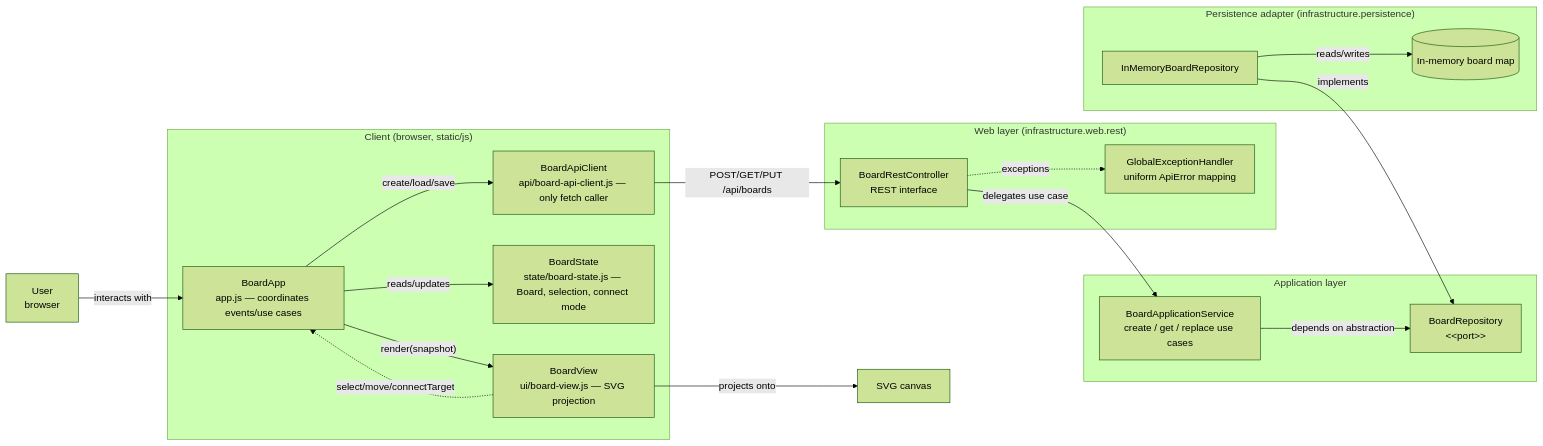
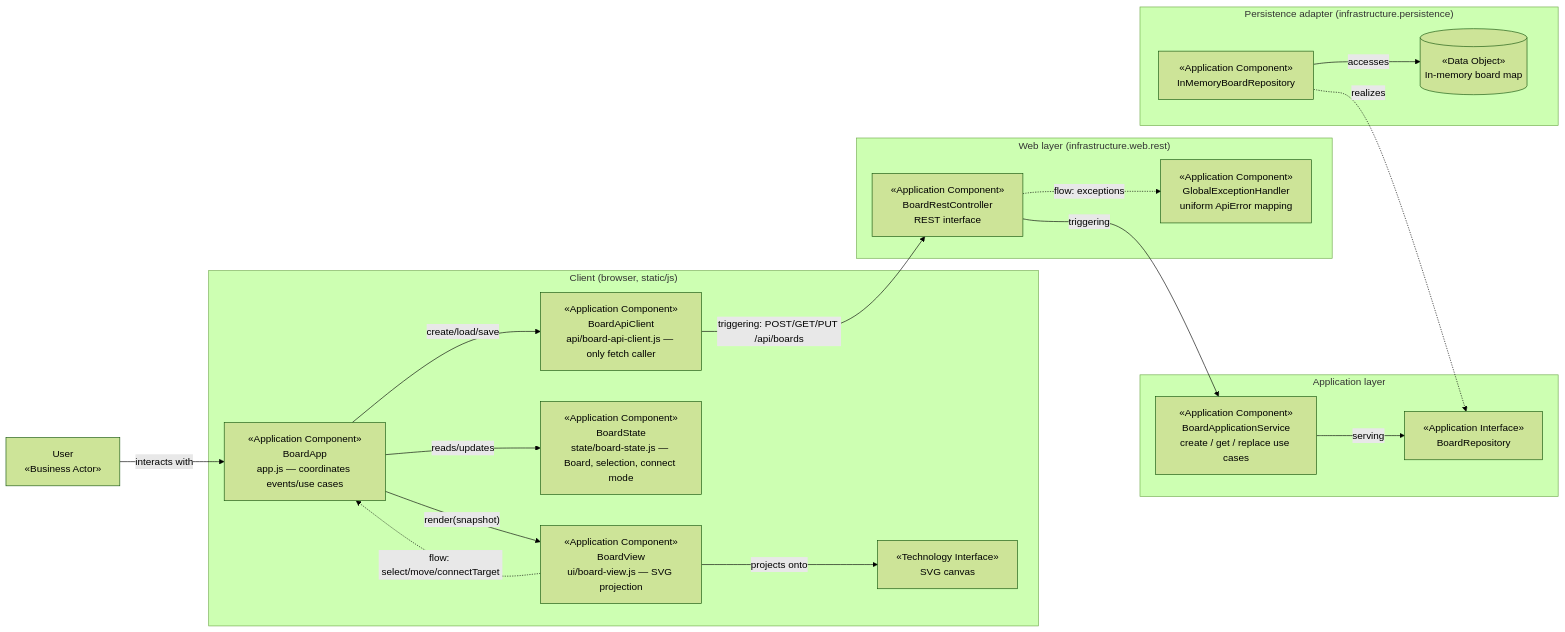
One commit to jhonatanpenamora-png/Lab-04-ARSW changed the diagram in docs/architecture/application-view.mmd. Above: the diagram before and after it, drawn with Mermaid (forest theme). The commit also changed 4 other files, not shown here.

First line of the commit message:
fix(architecture): render class/module view in ArchiMate notation

```diff
--- a/docs/architecture/application-view.mmd
+++ b/docs/architecture/application-view.mmd
@@ -1,37 +1,38 @@
 flowchart LR
-    User["User<br/>browser"]
+    User["User<br/>«Business Actor»"]
 
     subgraph Browser["Client (browser, static/js)"]
-        App["BoardApp<br/>app.js — coordinates events/use cases"]
-        ApiClient["BoardApiClient<br/>api/board-api-client.js — only fetch caller"]
-        State["BoardState<br/>state/board-state.js — Board, selection, connect mode"]
-        View["BoardView<br/>ui/board-view.js — SVG projection"]
+        App["«Application Component»<br/>BoardApp<br/>app.js — coordinates events/use cases"]
+        ApiClient["«Application Component»<br/>BoardApiClient<br/>api/board-api-client.js — only fetch caller"]
+        State["«Application Component»<br/>BoardState<br/>state/board-state.js — Board, selection, connect mode"]
+        View["«Application Component»<br/>BoardView<br/>ui/board-view.js — SVG projection"]
+        DOM["«Technology Interface»<br/>SVG canvas"]
     end
 
     subgraph Web["Web layer (infrastructure.web.rest)"]
-        Controller["BoardRestController<br/>REST interface"]
-        ErrorHandler["GlobalExceptionHandler<br/>uniform ApiError mapping"]
+        Controller["«Application Component»<br/>BoardRestController<br/>REST interface"]
+        ErrorHandler["«Application Component»<br/>GlobalExceptionHandler<br/>uniform ApiError mapping"]
     end
 
     subgraph App2["Application layer"]
-        Service["BoardApplicationService<br/>create / get / replace use cases"]
-        Port["BoardRepository<br/>&lt;&lt;port&gt;&gt;"]
+        Service["«Application Component»<br/>BoardApplicationService<br/>create / get / replace use cases"]
+        Port["«Application Interface»<br/>BoardRepository"]
     end
 
     subgraph Infra["Persistence adapter (infrastructure.persistence)"]
-        Adapter["InMemoryBoardRepository"]
-        Store[("In-memory board map")]
+        Adapter["«Application Component»<br/>InMemoryBoardRepository"]
+        Store[("«Data Object»<br/>In-memory board map")]
     end
 
     User -->|"interacts with"| App
     App -->|"reads/updates"| State
     App -->|"render(snapshot)"| View
-    View -.->|"select/move/connectTarget"| App
-    View -->|"projects onto"| DOM["SVG canvas"]
+    View -.->|"flow: select/move/connectTarget"| App
+    View -->|"projects onto"| DOM
     App -->|"create/load/save"| ApiClient
-    ApiClient -->|"POST/GET/PUT /api/boards"| Controller
-    Controller -->|"delegates use case"| Service
-    Controller -.->|"exceptions"| ErrorHandler
-    Service -->|"depends on abstraction"| Port
-    Adapter -->|"implements"| Port
-    Adapter -->|"reads/writes"| Store
+    ApiClient -->|"triggering: POST/GET/PUT /api/boards"| Controller
+    Controller -->|"triggering"| Service
+    Controller -.->|"flow: exceptions"| ErrorHandler
+    Service -->|"serving"| Port
+    Adapter -.->|"realizes"| Port
+    Adapter -->|"accesses"| Store
```
